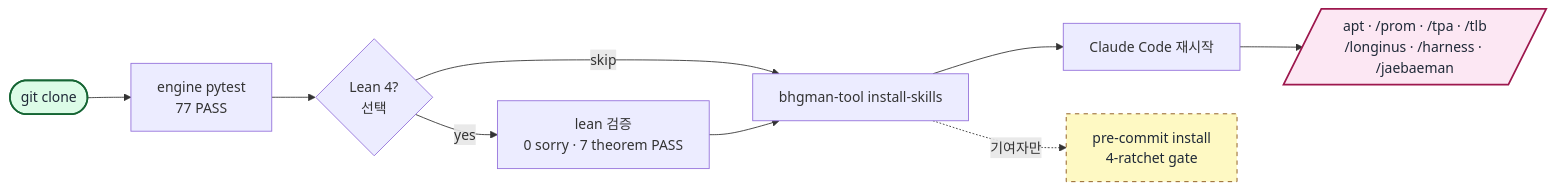
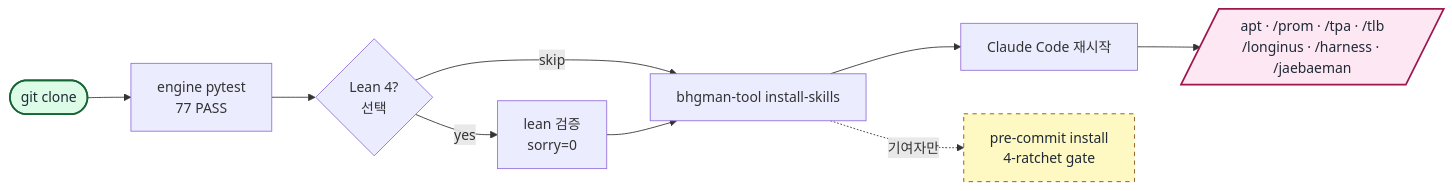
Before and after one commit to gj3447/bhgman_tool: the diagram in README.ko-KR.md, drawn with Mermaid. The commit also changed other lines of this file and 5 other files, not shown here.

````diff
--- a/README.ko-KR.md
+++ b/README.ko-KR.md
@@ -110,18 +86,18 @@
 ```mermaid
 flowchart LR
     A([git clone]) --> B[engine pytest<br/>77 PASS]
     B --> C{Lean 4?<br/>선택}
-    C -- yes --> D[lean 검증<br/>0 sorry · 7 theorem PASS]
+    C -- yes --> D[lean 검증<br/>sorry=0]
     C -- skip --> E[bhgman-tool install-skills]
     D --> E
     E --> F[Claude Code 재시작]
     F --> G[/apt · /prom · /tpa · /tlb<br/>/longinus · /harness · /jaebaeman/]
     E -. 기여자만 .-> H[pre-commit install<br/>4-ratchet gate]
 
     classDef startNode fill:#dcfce7,stroke:#166534,stroke-width:2px,color:#1f2937
     classDef endNode fill:#fce7f3,stroke:#9d174d,stroke-width:2px,color:#1f2937
     classDef optNode fill:#fef9c3,stroke:#854d0e,stroke-width:1px,stroke-dasharray:5 5,color:#1f2937
     class A startNode
     class G endNode
     class H optNode
 ```
````
